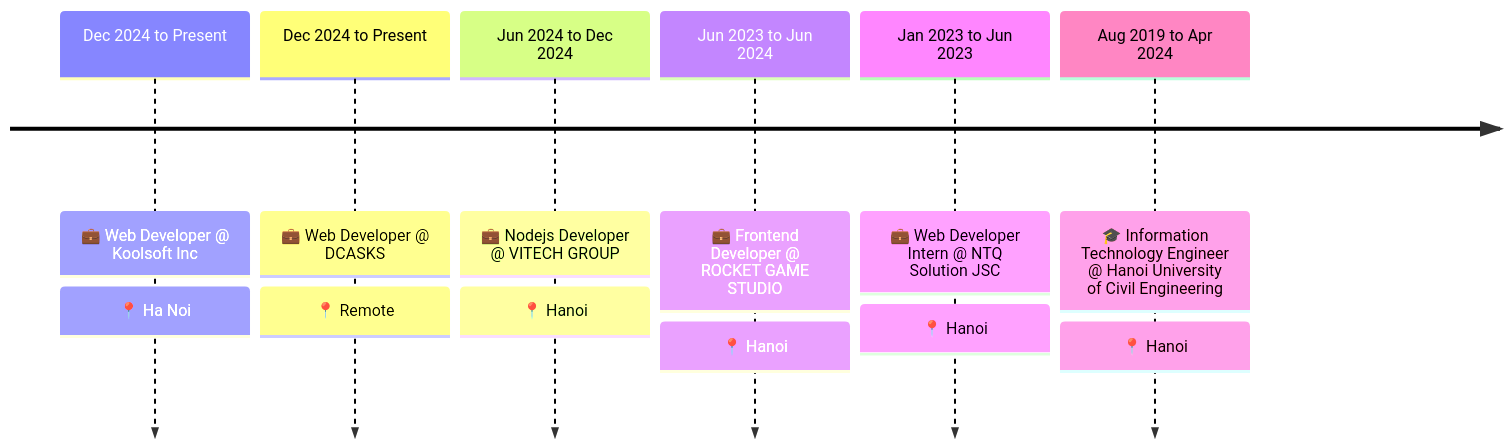
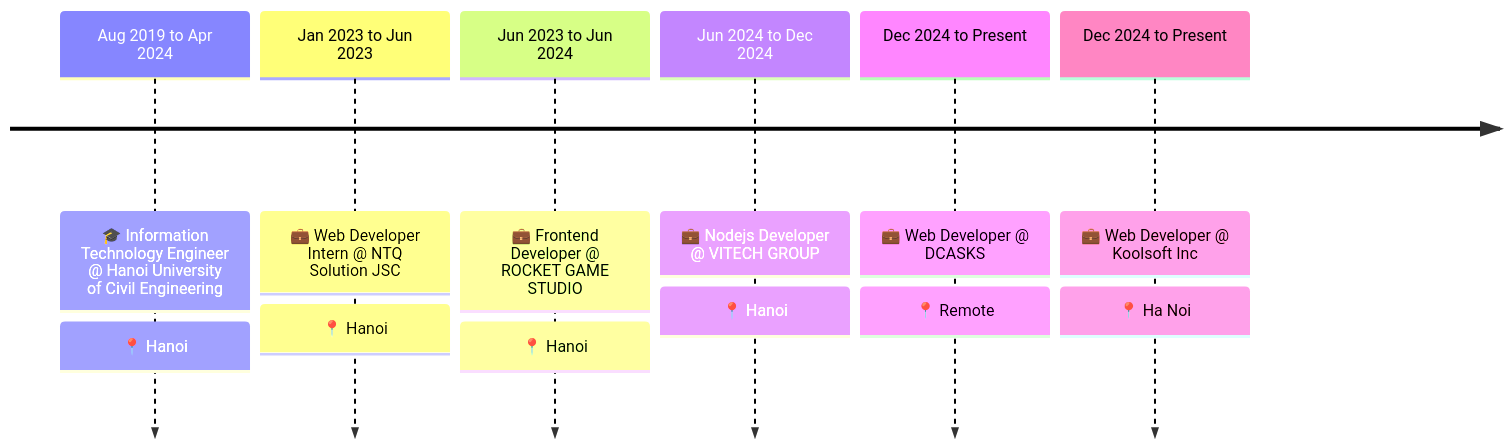
One commit to tienhg13102001/tienhg13102001 changed the second of 2 diagrams in README.md. Above: the diagram before and after it, drawn with Mermaid. The commit also changed other lines of this file and 1 other file, not shown here.

Commit message:
feat: reorder timeline experiences chronologically in README generation script

````diff
--- a/README.md
+++ b/README.md
@@ -55,9 +55,9 @@
 ```mermaid
 timeline
+    Aug 2019 to Apr 2024 : 🎓 Information Technology Engineer @ Hanoi University of Civil Engineering : 📍 Hanoi
+    Jan 2023 to Jun 2023 : 💼 Web Developer Intern @ NTQ Solution JSC : 📍 Hanoi
+    Jun 2023 to Jun 2024 : 💼 Frontend Developer @ ROCKET GAME STUDIO : 📍 Hanoi
+    Jun 2024 to Dec 2024 : 💼 Nodejs Developer @ VITECH GROUP : 📍 Hanoi
+    Dec 2024 to Present : 💼 Web Developer @ DCASKS : 📍 Remote
     Dec 2024 to Present : 💼 Web Developer @ Koolsoft Inc : 📍 Ha Noi
-    Dec 2024 to Present : 💼 Web Developer @ DCASKS : 📍 Remote
-    Jun 2024 to Dec 2024 : 💼 Nodejs Developer @ VITECH GROUP : 📍 Hanoi
-    Jun 2023 to Jun 2024 : 💼 Frontend Developer @ ROCKET GAME STUDIO : 📍 Hanoi
-    Jan 2023 to Jun 2023 : 💼 Web Developer Intern @ NTQ Solution JSC : 📍 Hanoi
-    Aug 2019 to Apr 2024 : 🎓 Information Technology Engineer @ Hanoi University of Civil Engineering : 📍 Hanoi
 ```
````
